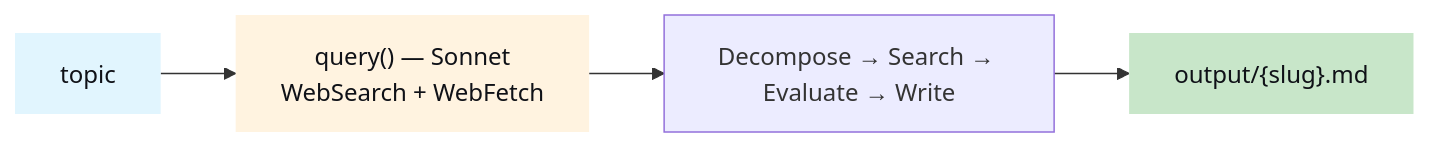
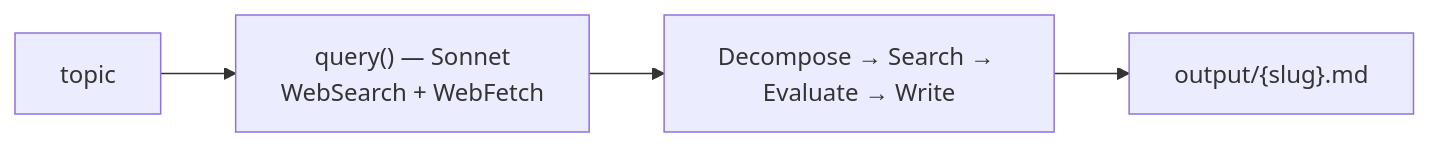
The first of 5 diagrams in README.md (mj-deving/managed-agents-research), drawn with Mermaid before and after one commit. The commit also changed other lines of this file and 1 other file, not shown here.

Commit message:
docs: add MIT license, license badge, remove custom Mermaid colors (use GitHub defaults)

````diff
--- a/README.md
+++ b/README.md
@@ -94,10 +95,7 @@
 ```mermaid
 flowchart LR
     A["topic"] --> B["query() — Sonnet\nWebSearch + WebFetch"]
     B --> C["Decompose → Search → Evaluate → Write"]
     C --> D["output/{slug}.md"]
 
-    style A fill:#e1f5fe,color:#0f1117,stroke:none
-    style B fill:#fff3e0,color:#0f1117,stroke:none
-    style D fill:#c8e6c9,color:#0f1117,stroke:none
 ```
````
